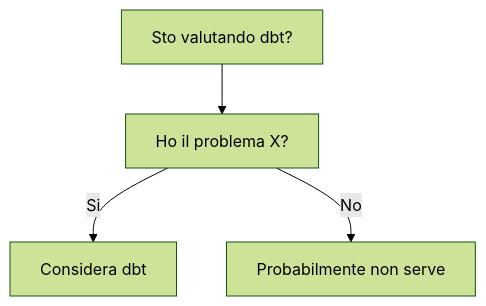
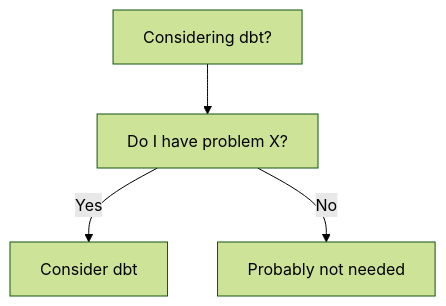
The diagram in dev-wiki/24_Data_Engineering/dbt/When_To_Use.md (HxT9/Software-Dev-Wiki), drawn with Mermaid (forest theme) before and after one commit. The commit also changed other lines of this file and 3444 other files, not shown here.

````diff
--- a/dev-wiki/24_Data_Engineering/dbt/When_To_Use.md
+++ b/dev-wiki/24_Data_Engineering/dbt/When_To_Use.md
@@ -19,6 +19,6 @@
 ```mermaid
 flowchart TD
-  Q[Sto valutando dbt?] --> Q1[Ho il problema X?]
-  Q1 -->|Si| OK[Considera dbt]
-  Q1 -->|No| NO[Probabilmente non serve]
+  Q[Considering dbt?] --> Q1[Do I have problem X?]
+  Q1 -->|Yes| OK[Consider dbt]
+  Q1 -->|No| NO[Probably not needed]
 ```
````
